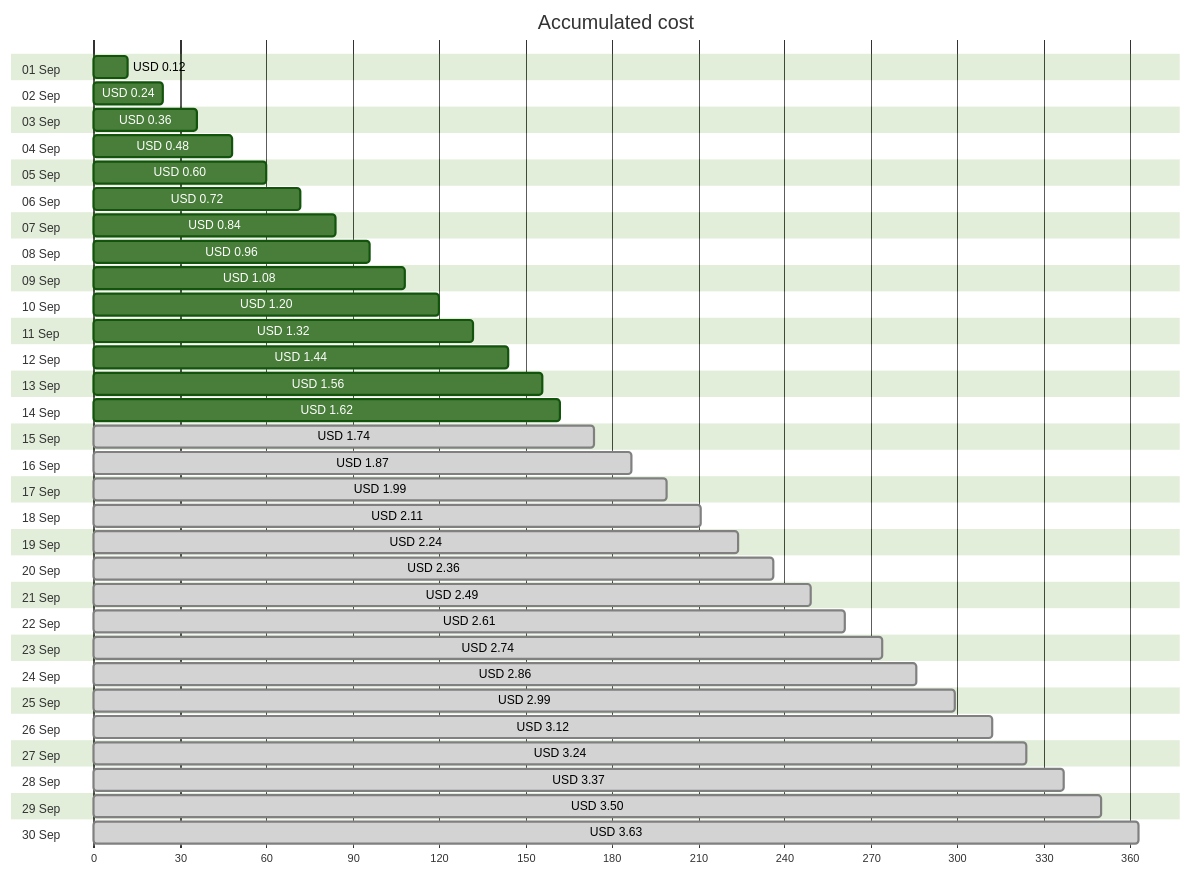
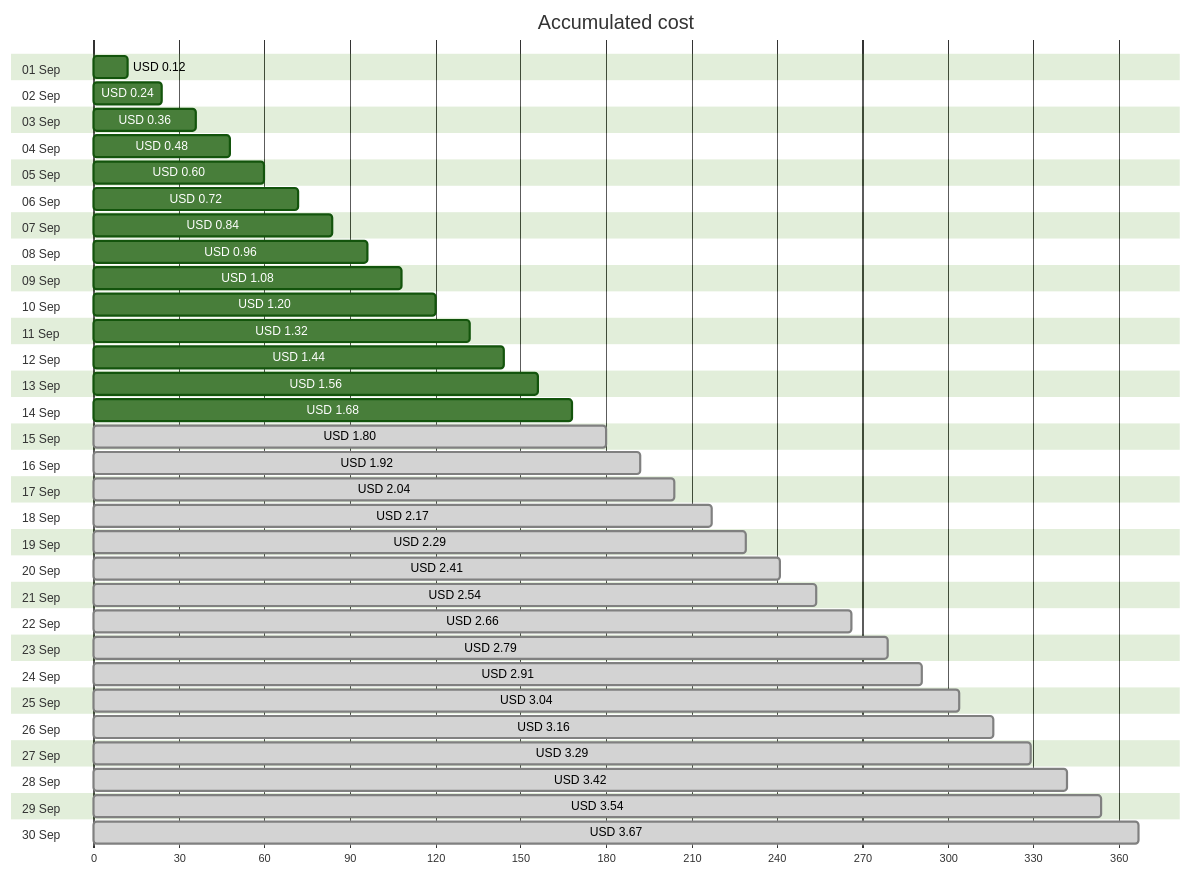
The first of 4 diagrams in cost-reports/personal-network/linux-dev-public-ip.md (jpfulton/azure-personal-reports), drawn with Mermaid (forest theme) before and after one commit. The commit also changed other lines of this file and 37 other files, not shown here.

````diff
--- a/cost-reports/personal-network/linux-dev-public-ip.md
+++ b/cost-reports/personal-network/linux-dev-public-ip.md
@@ -20,66 +20,66 @@
 ```mermaid
 gantt
    title Accumulated cost
    dateFormat  X
    axisFormat %s
    section 01 Sep
    USD 0.12 :0, 12
    section 02 Sep
    USD 0.24 :0, 24
    section 03 Sep
    USD 0.36 :0, 36
    section 04 Sep
    USD 0.48 :0, 48
    section 05 Sep
    USD 0.60 :0, 60
    section 06 Sep
    USD 0.72 :0, 72
    section 07 Sep
    USD 0.84 :0, 84
    section 08 Sep
    USD 0.96 :0, 96
    section 09 Sep
    USD 1.08 :0, 108
    section 10 Sep
    USD 1.20 :0, 120
    section 11 Sep
    USD 1.32 :0, 132
    section 12 Sep
    USD 1.44 :0, 144
    section 13 Sep
    USD 1.56 :0, 156
    section 14 Sep
-   USD 1.62 :0, 162
+   USD 1.68 :0, 168
    section 15 Sep
-   USD 1.74 : done, 0, 174
+   USD 1.80 : done, 0, 180
    section 16 Sep
-   USD 1.87 : done, 0, 187
+   USD 1.92 : done, 0, 192
    section 17 Sep
-   USD 1.99 : done, 0, 199
+   USD 2.04 : done, 0, 204
    section 18 Sep
-   USD 2.11 : done, 0, 211
+   USD 2.17 : done, 0, 217
    section 19 Sep
-   USD 2.24 : done, 0, 224
+   USD 2.29 : done, 0, 229
    section 20 Sep
-   USD 2.36 : done, 0, 236
+   USD 2.41 : done, 0, 241
    section 21 Sep
-   USD 2.49 : done, 0, 249
+   USD 2.54 : done, 0, 254
    section 22 Sep
-   USD 2.61 : done, 0, 261
+   USD 2.66 : done, 0, 266
    section 23 Sep
-   USD 2.74 : done, 0, 274
+   USD 2.79 : done, 0, 279
    section 24 Sep
-   USD 2.86 : done, 0, 286
+   USD 2.91 : done, 0, 291
    section 25 Sep
-   USD 2.99 : done, 0, 299
+   USD 3.04 : done, 0, 304
    section 26 Sep
-   USD 3.12 : done, 0, 312
+   USD 3.16 : done, 0, 316
    section 27 Sep
-   USD 3.24 : done, 0, 324
+   USD 3.29 : done, 0, 329
    section 28 Sep
-   USD 3.37 : done, 0, 337
+   USD 3.42 : done, 0, 342
    section 29 Sep
-   USD 3.50 : done, 0, 350
+   USD 3.54 : done, 0, 354
    section 30 Sep
-   USD 3.63 : done, 0, 363
+   USD 3.67 : done, 0, 367
 ```
````
